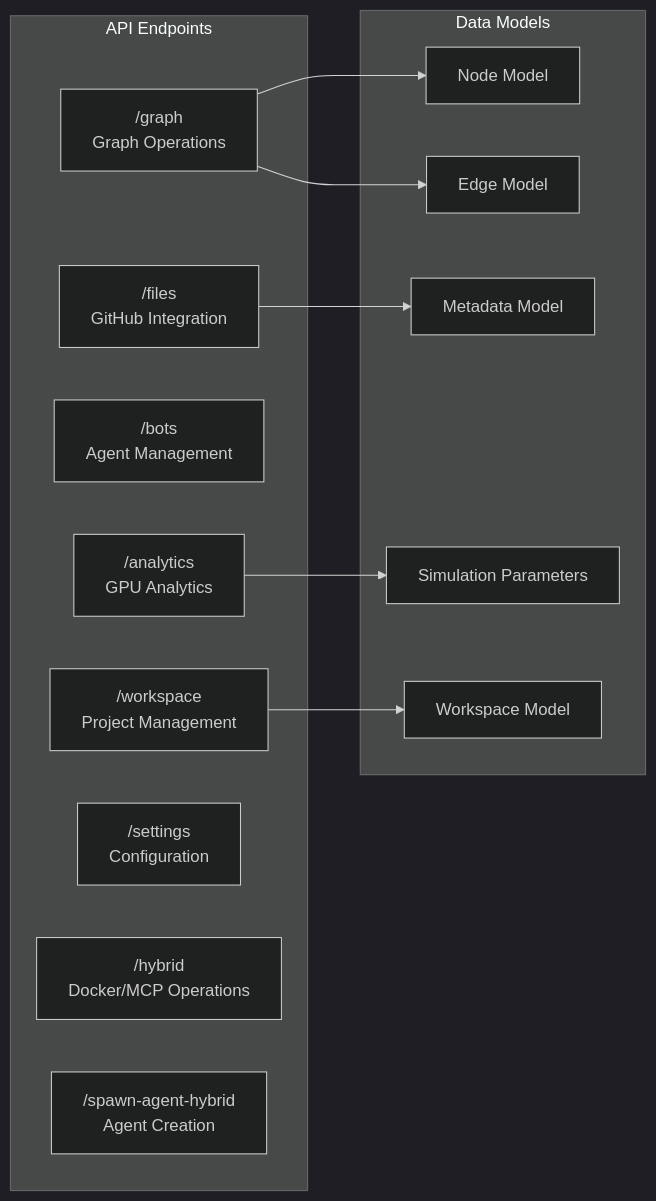
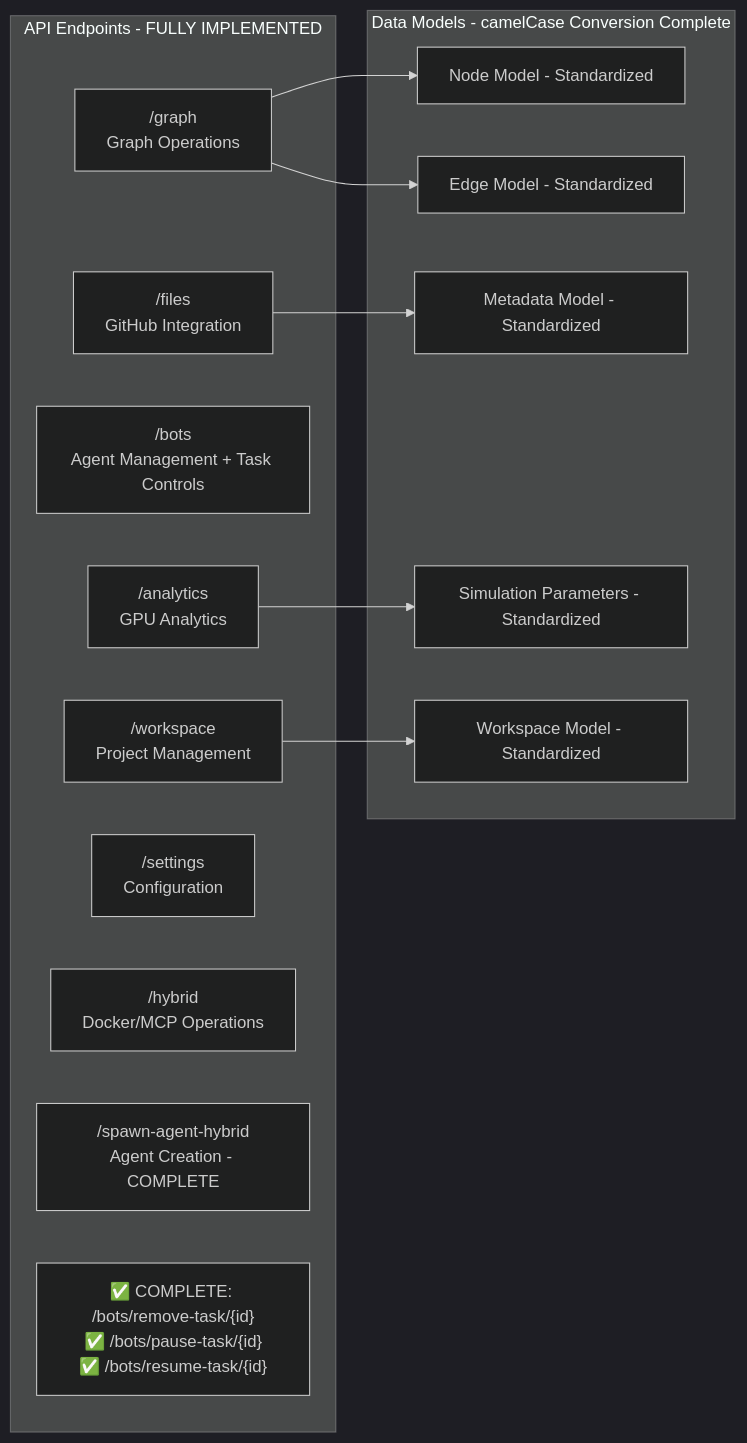
The third of 5 diagrams in docs/server-architecture.md (DreamLab-AI/VisionFlow), drawn with Mermaid (dark theme) before and after one commit. The commit also changed other lines of this file and 32 other files, not shown here.

Commit message:
about to refector graphactor monolith

````diff
--- a/docs/server-architecture.md
+++ b/docs/server-architecture.md
@@ -253,27 +494,28 @@
 ```mermaid
 graph LR
-    subgraph "API Endpoints"
+    subgraph "API Endpoints - FULLY IMPLEMENTED"
         GraphAPI["/graph<br/>Graph Operations"]
         FilesAPI["/files<br/>GitHub Integration"]
-        BotsAPI["/bots<br/>Agent Management"]
+        BotsAPI["/bots<br/>Agent Management + Task Controls"]
         AnalyticsAPI["/analytics<br/>GPU Analytics"]
         WorkspaceAPI["/workspace<br/>Project Management"]
         SettingsAPI["/settings<br/>Configuration"]
         HybridAPI["/hybrid<br/>Docker/MCP Operations"]
-        SpawnAPI["/spawn-agent-hybrid<br/>Agent Creation"]
+        SpawnAPI["/spawn-agent-hybrid<br/>Agent Creation - COMPLETE"]
+        TaskAPI["✅ COMPLETE: /bots/remove-task/{id}<br/>✅ /bots/pause-task/{id}<br/>✅ /bots/resume-task/{id}"]
     end
 
-    subgraph "Data Models"
-        Node[Node Model]
-        Edge[Edge Model]
-        Metadata[Metadata Model]
-        Simulation[Simulation Parameters]
-        Workspace[Workspace Model]
+    subgraph "Data Models - camelCase Conversion Complete"
+        Node[Node Model - Standardized]
+        Edge[Edge Model - Standardized]
+        Metadata[Metadata Model - Standardized]
+        Simulation[Simulation Parameters - Standardized]
+        Workspace[Workspace Model - Standardized]
     end
 
     GraphAPI --> Node
     GraphAPI --> Edge
     FilesAPI --> Metadata
     AnalyticsAPI --> Simulation
     WorkspaceAPI --> Workspace
 ```
````
